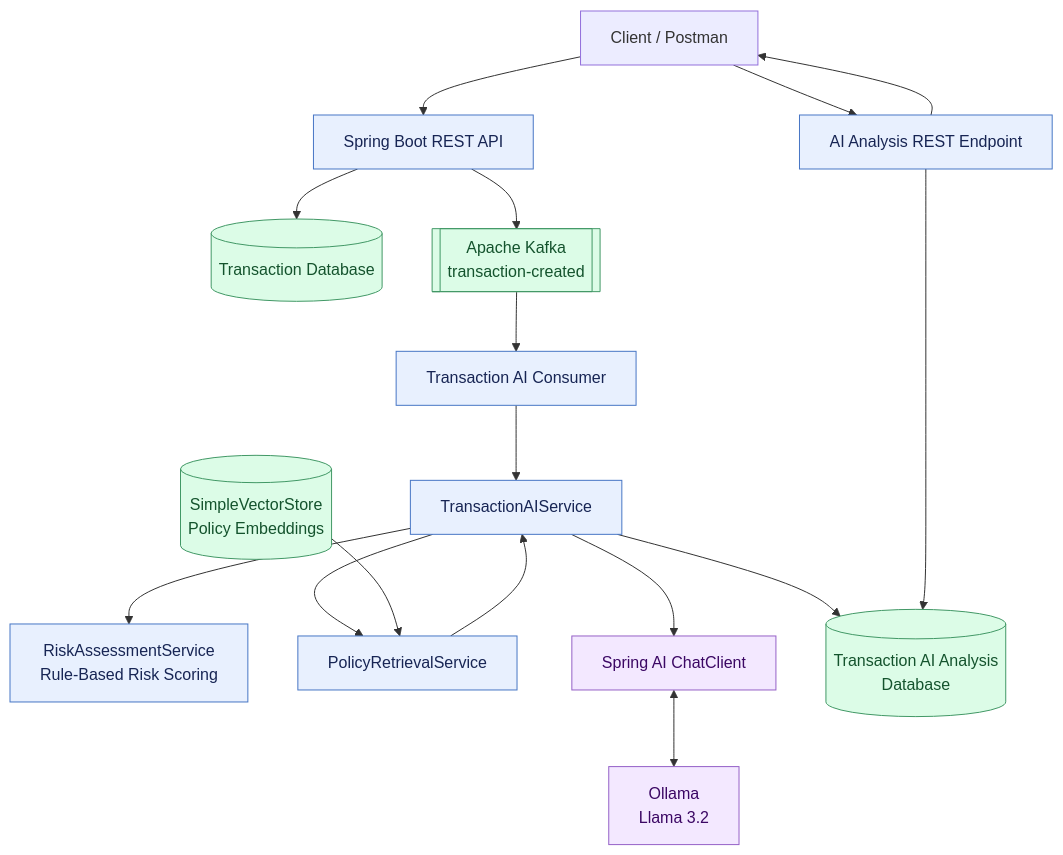
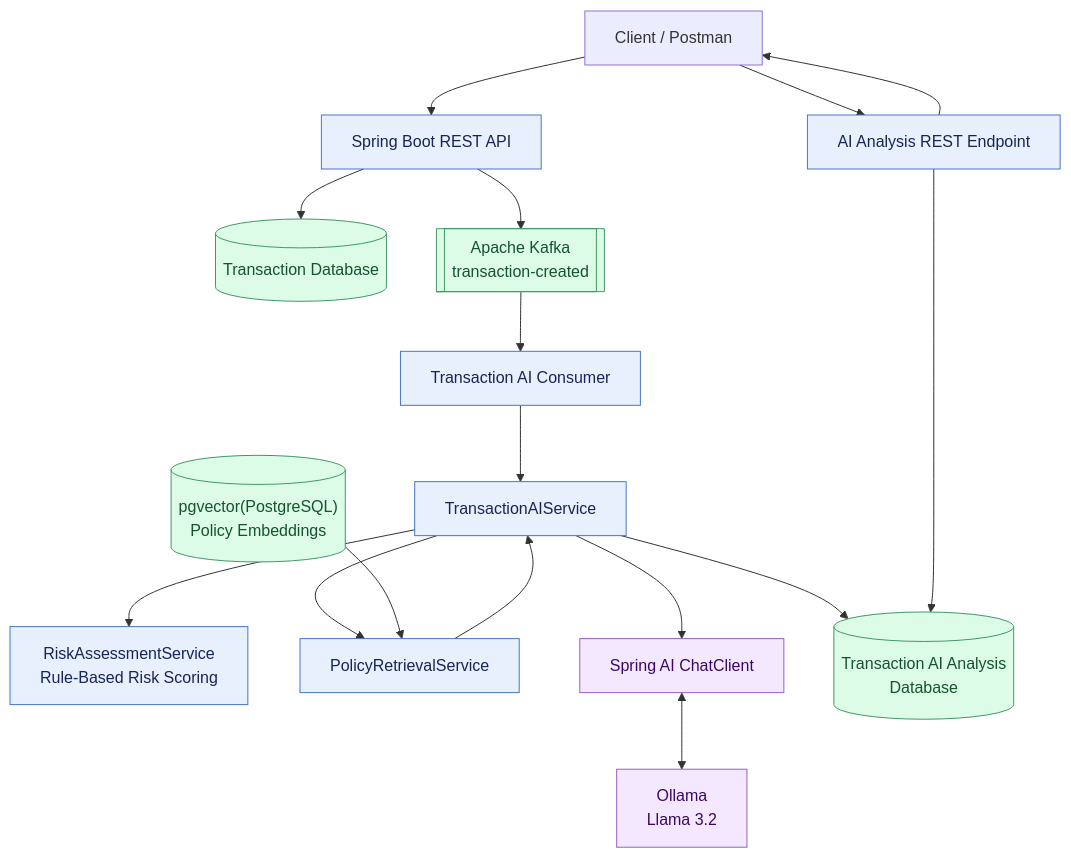
One commit to S-Rane/AI-Powered-Financial-Transaction-Risk-Analysis-System changed the first of 3 diagrams in README.md. Above: the diagram before and after it, drawn with Mermaid. The commit also changed other lines of this file, not shown here.

````diff
--- a/README.md
+++ b/README.md
@@ -14,40 +14,40 @@
 ```mermaid
 flowchart TB
     Client["Client / Postman"]
     API["Spring Boot REST API"]
     DB[("Transaction Database")]
     Kafka[["Apache Kafka<br/>transaction-created"]]
     Consumer["Transaction AI Consumer"]
     AI["TransactionAIService"]
     Risk["RiskAssessmentService<br/>Rule-Based Risk Scoring"]
     Retrieval["PolicyRetrievalService"]
-    VS[("SimpleVectorStore<br/>Policy Embeddings")]
+    VS[("pgvector(PostgreSQL)<br/>Policy Embeddings")]
     LLM["Spring AI ChatClient"]
     Ollama["Ollama<br/>Llama 3.2"]
     Analysis[("Transaction AI Analysis<br/>Database")]
     Result["AI Analysis REST Endpoint"]
 
     Client --> API
     API --> DB
     API --> Kafka
     Kafka --> Consumer
     Consumer --> AI
     AI --> Risk
     AI --> Retrieval
     VS --> Retrieval
     Retrieval --> AI
     AI --> LLM
     LLM <--> Ollama
     AI --> Analysis
     Client --> Result
     Result --> Analysis
     Result --> Client
 
     classDef backend fill:#e8f0fe,stroke:#4776c5,color:#172554
     classDef ai fill:#f3e8ff,stroke:#9561c7,color:#3b0764
     classDef storage fill:#dcfce7,stroke:#429866,color:#14532d
 
     class API,Consumer,AI,Risk,Retrieval,Result backend
     class LLM,Ollama ai
     class DB,VS,Analysis,Kafka storage
 ```
````
